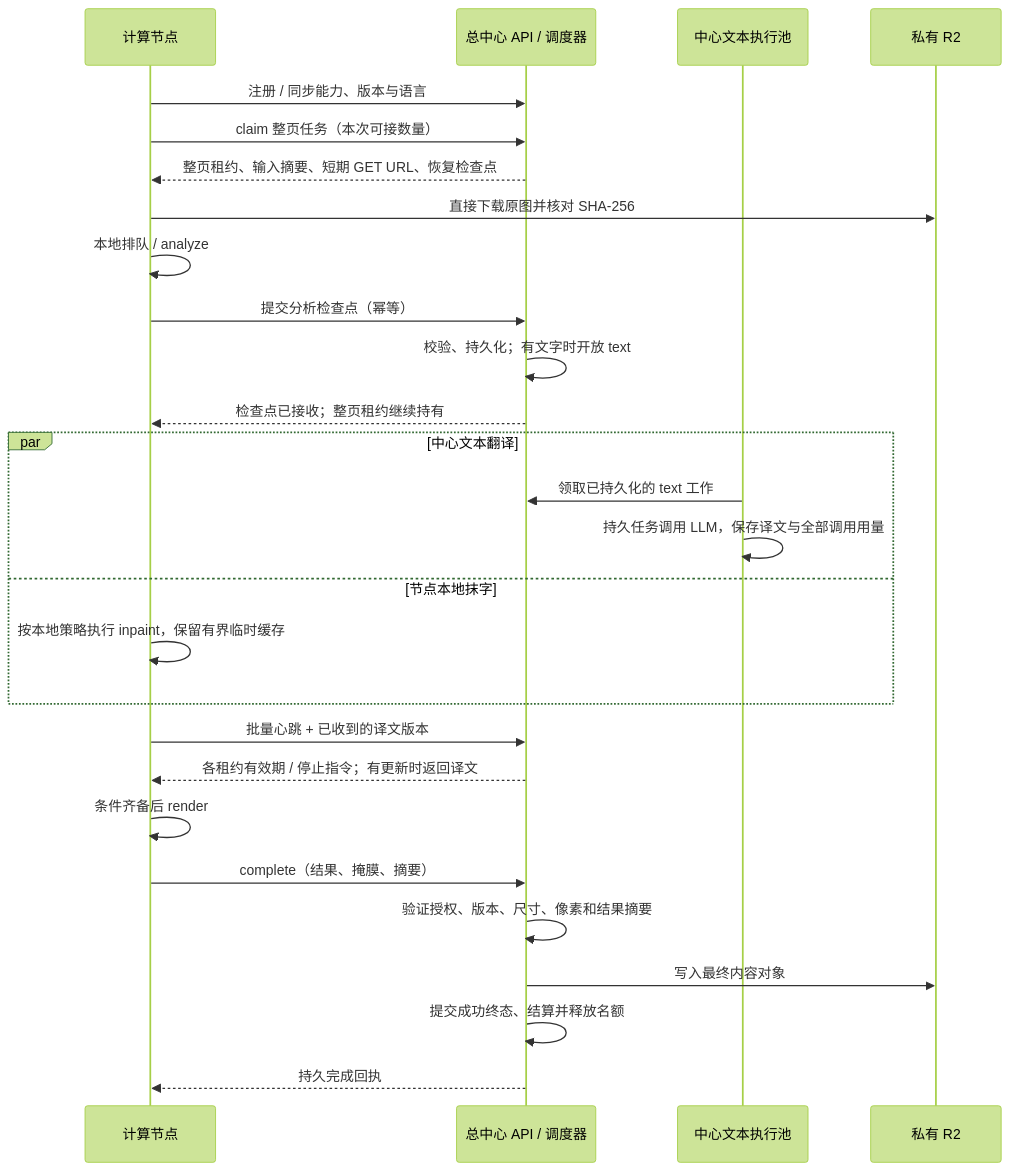
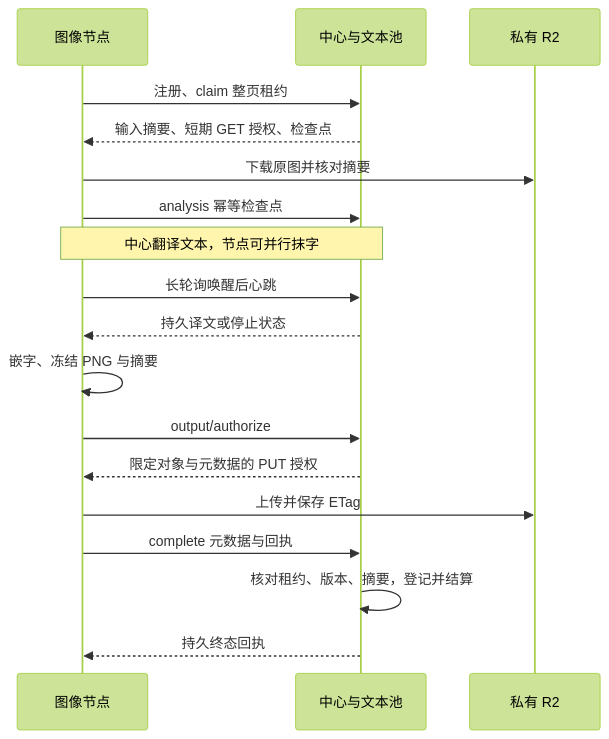
The diagram in docs/COMPUTE_PROTOCOL.md (Wy2926/node-comics), drawn with Mermaid (forest theme) before and after one commit. The commit also changed other lines of this file and 79 other files, not shown here.

````diff
--- a/docs/COMPUTE_PROTOCOL.md
+++ b/docs/COMPUTE_PROTOCOL.md
@@ -11,29 +11,20 @@
 ```mermaid
 sequenceDiagram
-    participant N as 计算节点
-    participant C as 总中心 API / 调度器
-    participant W as 中心文本执行池
+    participant N as 图像节点
+    participant C as 中心与文本池
     participant S as 私有 R2
-    N->>C: 注册 / 同步能力、版本与语言
-    N->>C: claim 整页任务（本次可接数量）
-    C-->>N: 整页租约、输入摘要、短期 GET URL、恢复检查点
-    N->>S: 直接下载原图并核对 SHA-256
-    N->>N: 本地排队 / analyze
-    N->>C: 提交分析检查点（幂等）
-    C->>C: 校验、持久化；有文字时开放 text
-    C-->>N: 检查点已接收；整页租约继续持有
-    par 中心文本翻译
-        W->>C: 领取已持久化的 text 工作
-        W->>W: 持久任务调用 LLM，保存译文与全部调用用量
-    and 节点本地抹字
-        N->>N: 按本地策略执行 inpaint，保留有界临时缓存
-    end
-    N->>C: 批量心跳 + 已收到的译文版本
-    C-->>N: 各租约有效期 / 停止指令；有更新时返回译文
-    N->>N: 条件齐备后 render
-    N->>C: complete（结果、掩膜、摘要）
-    C->>C: 验证授权、版本、尺寸、像素和结果摘要
-    C->>S: 写入最终内容对象
-    C->>C: 提交成功终态、结算并释放名额
-    C-->>N: 持久完成回执
+    N->>C: 注册、claim 整页租约
+    C-->>N: 输入摘要、短期 GET 授权、检查点
+    N->>S: 下载原图并核对摘要
+    N->>C: analysis 幂等检查点
+    Note over N,C: 中心翻译文本，节点可并行抹字
+    N->>C: 长轮询唤醒后心跳
+    C-->>N: 持久译文或停止状态
+    N->>N: 嵌字、冻结 PNG 与摘要
+    N->>C: output/authorize
+    C-->>N: 限定对象与元数据的 PUT 授权
+    N->>S: 上传并保存 ETag
+    N->>C: complete 元数据与回执
+    C->>C: 核对租约、版本、摘要，登记并结算
+    C-->>N: 持久终态回执
 ```
````
